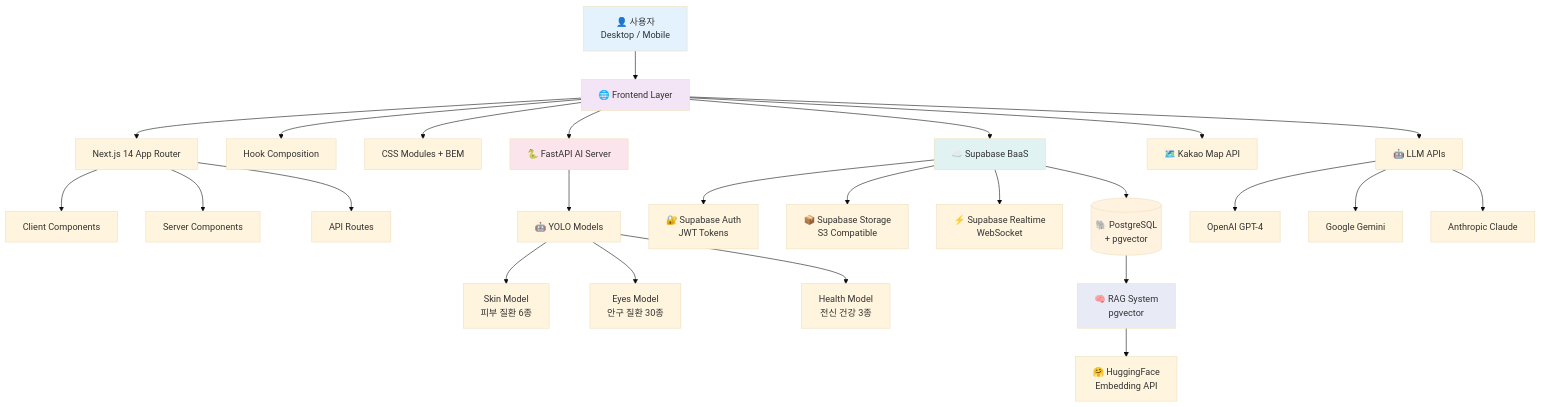
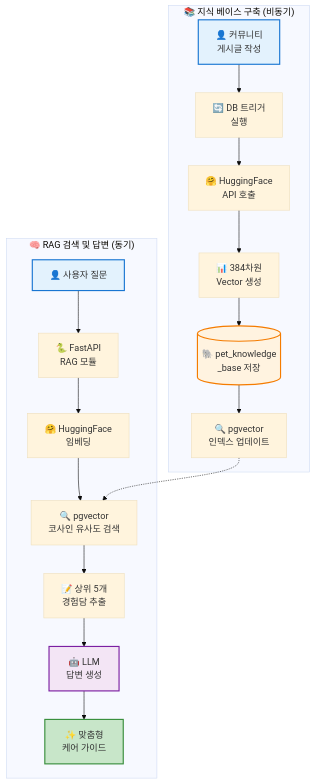
One commit to LYSS-LGU/wh07-3rd-Fetpal changed the first of 2 diagrams in README.md. Above: the diagram before and after it, drawn with Mermaid (base theme). The commit also changed other lines of this file, not shown here.

````diff
--- a/README.md
+++ b/README.md
@@ -189,40 +590,27 @@
 ```mermaid
 graph TB
-    User[👤 사용자<br/>Desktop / Mobile] --> Frontend[🌐 Frontend Layer]
-    Frontend --> Next[Next.js 14 App Router]
-    Frontend --> Hooks[Hook Composition]
-    Frontend --> CSS[CSS Modules + BEM]
+    subgraph 지식_베이스_구축["📚 지식 베이스 구축 (비동기)"]
+        A[👤 커뮤니티<br/>게시글 작성] --> B[🔄 DB 트리거<br/>실행]
+        B --> C[🤗 HuggingFace<br/>API 호출]
+        C --> D[📊 384차원<br/>Vector 생성]
+        D --> E[(🐘 pet_knowledge<br/>_base 저장)]
+        E --> F[🔍 pgvector<br/>인덱스 업데이트]
+    end
 
-    Next --> ClientComp[Client Components]
-    Next --> ServerComp[Server Components]
-    Next --> APIRoute[API Routes]
+    subgraph RAG_검색["🧠 RAG 검색 및 답변 (동기)"]
+        G[👤 사용자 질문] --> H[🐍 FastAPI<br/>RAG 모듈]
+        H --> I[🤗 HuggingFace<br/>임베딩]
+        I --> J[🔍 pgvector<br/>코사인 유사도 검색]
+        J --> K[📝 상위 5개<br/>경험담 추출]
+        K --> L[🤖 LLM<br/>답변 생성]
+        L --> M[✨ 맞춤형<br/>케어 가이드]
+    end
 
-    Frontend --> Supabase[☁️ Supabase BaaS]
-    Frontend --> FastAPI[🐍 FastAPI AI Server]
-    Frontend --> KakaoAPI[🗺️ Kakao Map API]
-    Frontend --> LLM[🤖 LLM APIs]
+    F -.-> J
 
-    Supabase --> PostgreSQL[(🐘 PostgreSQL<br/>+ pgvector)]
-    Supabase --> Auth[🔐 Supabase Auth<br/>JWT Tokens]
-    Supabase --> Storage[📦 Supabase Storage<br/>S3 Compatible]
-    Supabase --> Realtime[⚡ Supabase Realtime<br/>WebSocket]
-
-    FastAPI --> YOLO[🤖 YOLO Models]
-    YOLO --> SkinModel[Skin Model<br/>피부 질환 6종]
-    YOLO --> EyesModel[Eyes Model<br/>안구 질환 30종]
-    YOLO --> HealthModel[Health Model<br/>전신 건강 3종]
-
-    PostgreSQL --> RAG[🧠 RAG System<br/>pgvector]
-    RAG --> HuggingFace[🤗 HuggingFace<br/>Embedding API]
-
-    LLM --> GPT[OpenAI GPT-4]
-    LLM --> Gemini[Google Gemini]
-    LLM --> Claude[Anthropic Claude]
-
-    style User fill:#E3F2FD
-    style Frontend fill:#F3E5F5
-    style Supabase fill:#E0F2F1
-    style FastAPI fill:#FCE4EC
-    style PostgreSQL fill:#FFF3E0
-    style RAG fill:#E8EAF6
+    style A fill:#E3F2FD,stroke:#1976D2,stroke-width:2px
+    style G fill:#E3F2FD,stroke:#1976D2,stroke-width:2px
+    style E fill:#FFF3E0,stroke:#F57C00,stroke-width:2px
+    style M fill:#C8E6C9,stroke:#388E3C,stroke-width:2px
+    style L fill:#F3E5F5,stroke:#7B1FA2,stroke-width:2px
 ```
````
